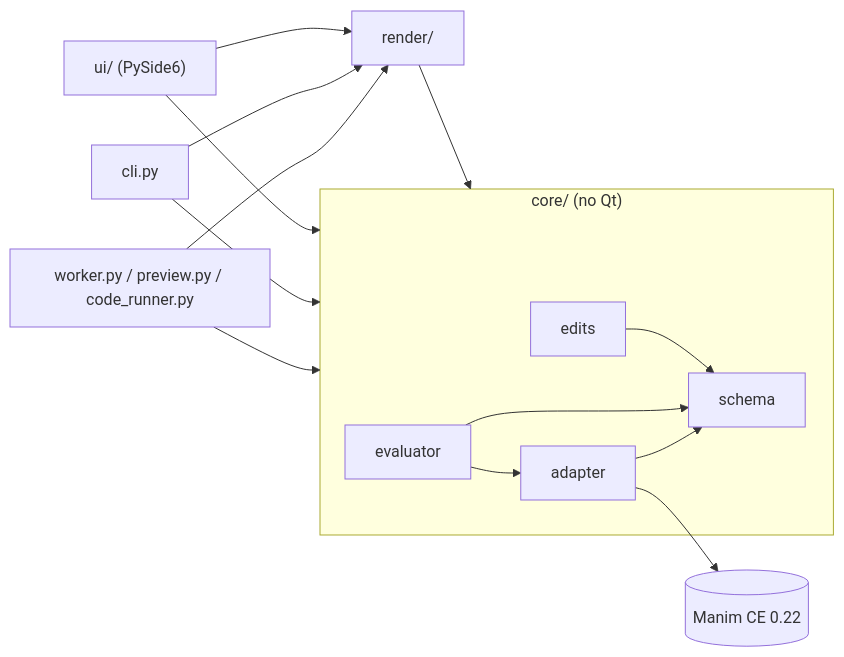
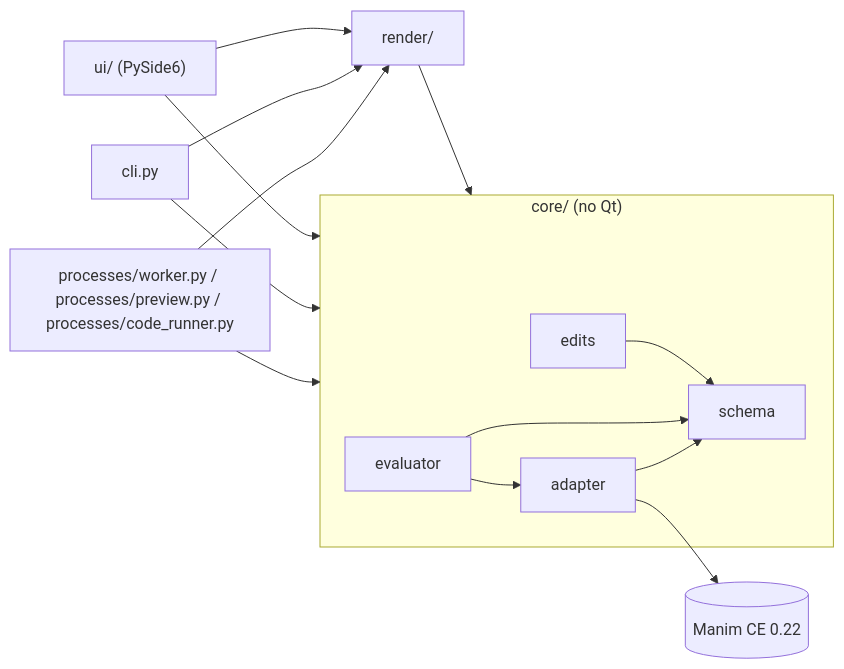
The first of 2 diagrams in docs/architecture.md (JoaoVictor-C/Manim-Project), drawn with Mermaid before and after one commit. The commit also changed other lines of this file and 872 other files, not shown here.

````diff
--- a/docs/architecture.md
+++ b/docs/architecture.md
@@ -20,17 +20,17 @@
 ```mermaid
 flowchart LR
     ui["ui/ (PySide6)"] --> render["render/"]
     ui --> core
     render --> core
     subgraph core["core/ (no Qt)"]
         edits["edits"] --> schema["schema"]
         evaluator["evaluator"] --> adapter["adapter"]
         evaluator --> schema
         adapter --> schema
     end
     adapter --> manim[("Manim CE 0.22")]
     cli["cli.py"] --> render
     cli --> core
-    procs["worker.py / preview.py / code_runner.py"] --> core
+    procs["processes/worker.py / processes/preview.py / processes/code_runner.py"] --> core
     procs --> render
 ```
````
